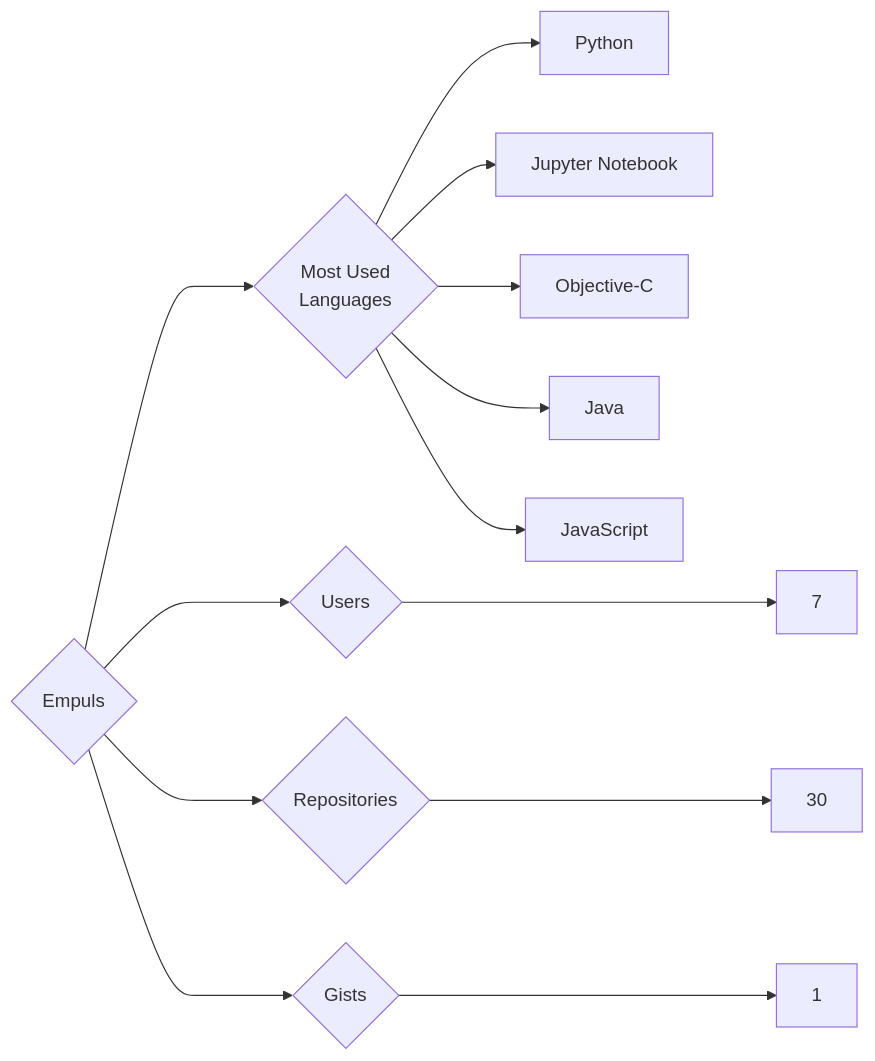
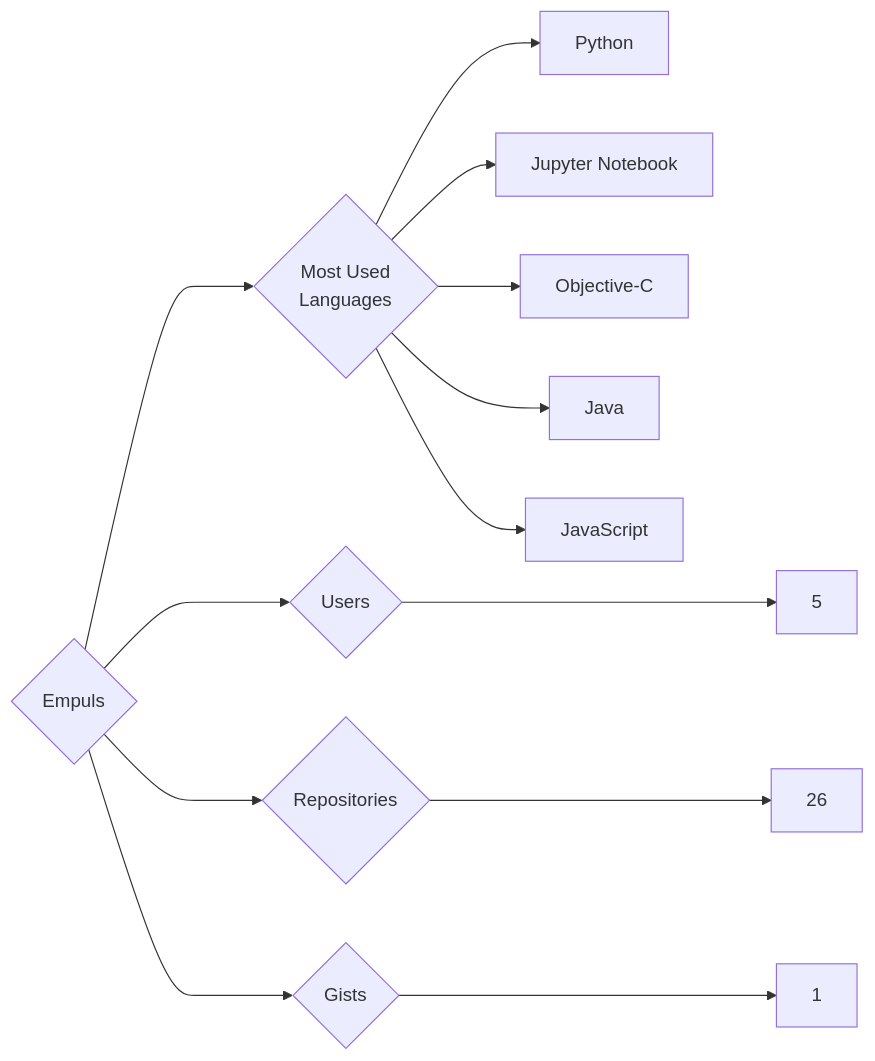
Before and after one commit to trickest/insiders: the diagram in targets/Empuls/README.md, drawn with Mermaid. The commit also changed 993 other files, not shown here.

````diff
--- a/targets/Empuls/README.md
+++ b/targets/Empuls/README.md
@@ -3,13 +3,13 @@
 ```mermaid
 graph LR
 COMPANY_NAME{Empuls}
-COMPANY_NAME ---> U{Users} ---> UN[7]
-COMPANY_NAME ---> R{Repositories} ---> RN[30]
+COMPANY_NAME ---> U{Users} ---> UN[5]
+COMPANY_NAME ---> R{Repositories} ---> RN[26]
 COMPANY_NAME ---> G{Gists} ---> GN[1]
 COMPANY_NAME ---> ML{Most Used<br>Languages}
 ML --> Python[Python]
 ML --> Jupyter_Notebook[Jupyter Notebook]
 ML --> Objective-C[Objective-C]
 ML --> Java[Java]
 ML --> JavaScript[JavaScript]
 ```
````
